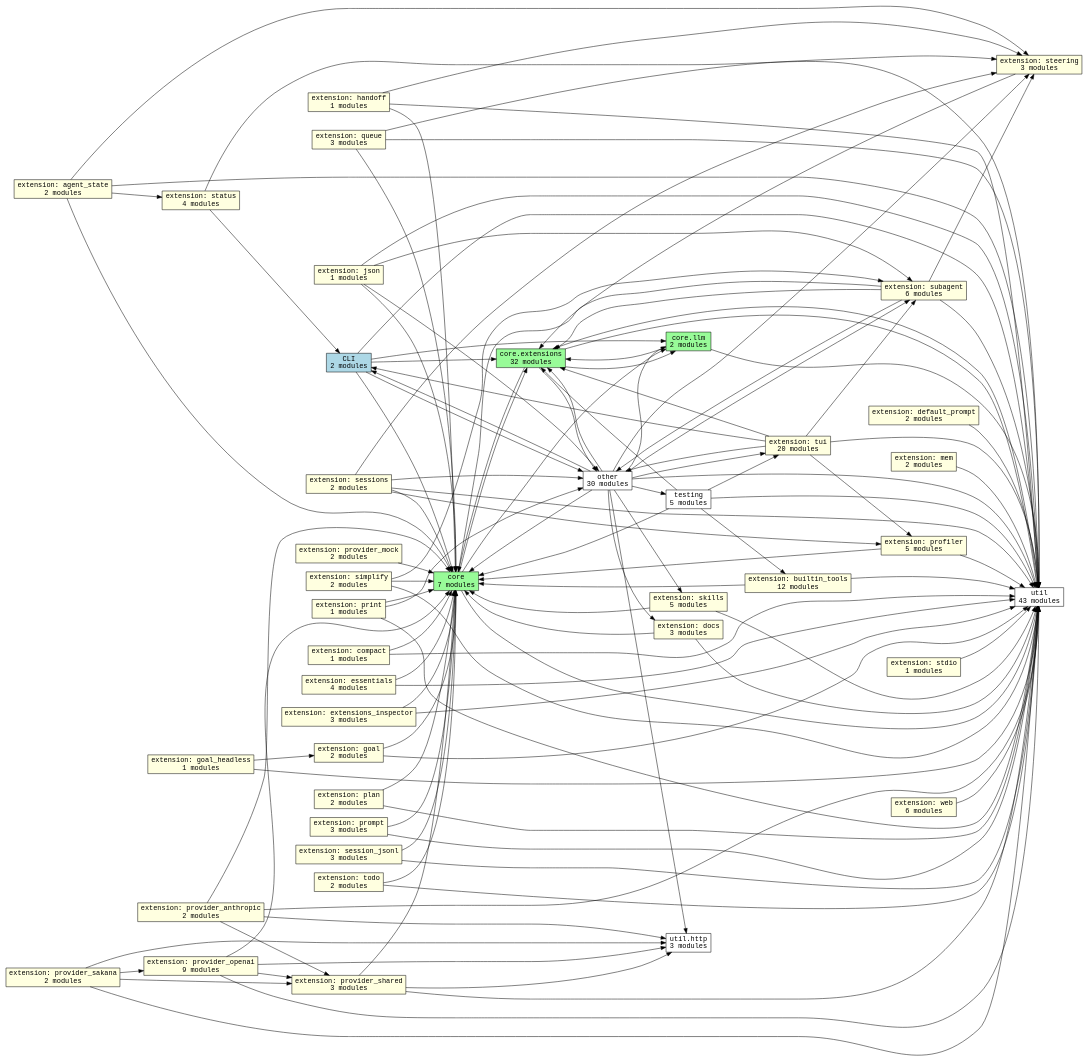
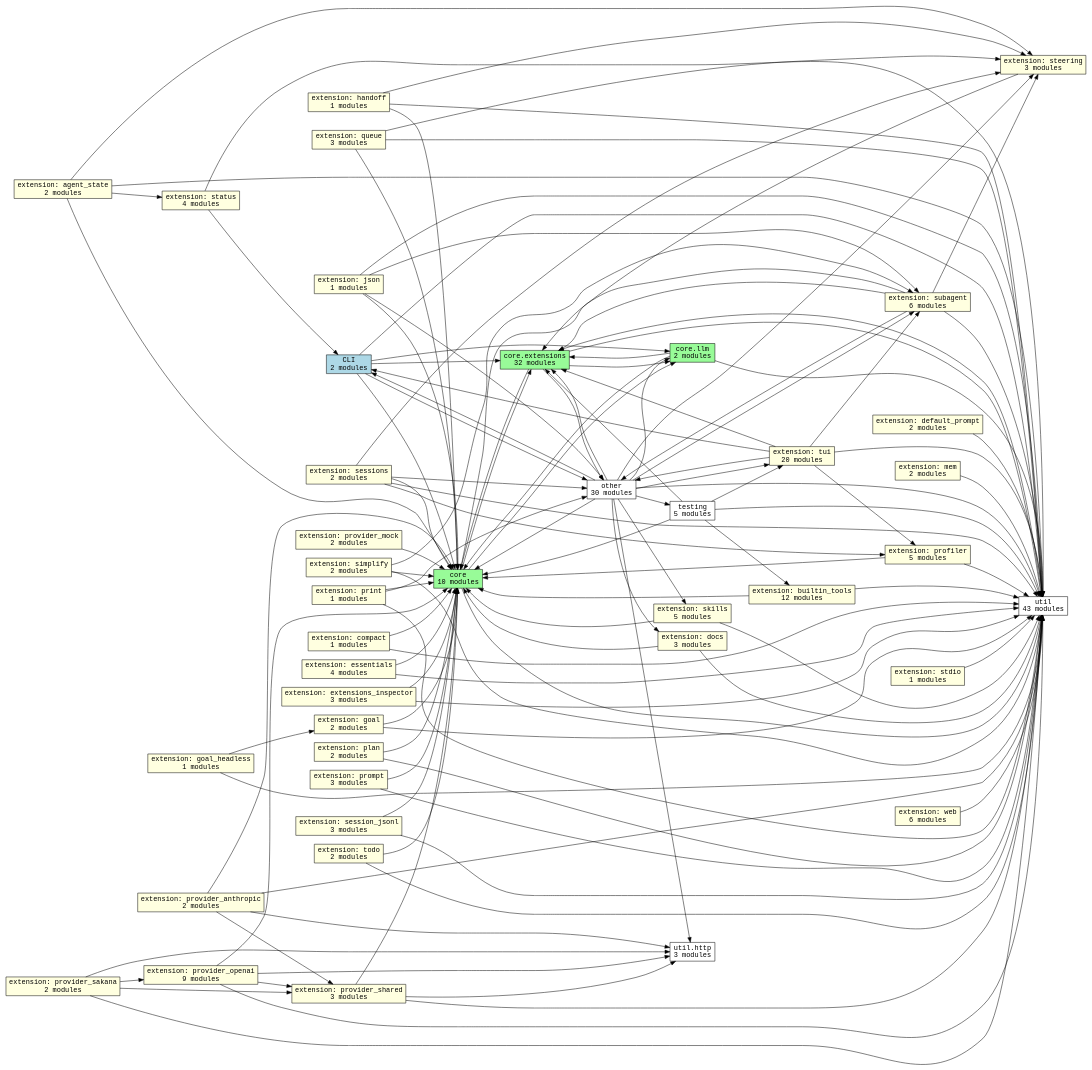
One commit to acmiyaguchi/fen changed the diagram in docs/graphs/subsystems.dot. Above: the diagram before and after it, drawn with Graphviz. The commit also changed 11 other files, not shown here.

```diff
--- a/docs/graphs/subsystems.dot
+++ b/docs/graphs/subsystems.dot
@@ -1,163 +1,164 @@
 digraph fen_subsystems {
   graph [rankdir=LR];
   node [shape=box, fontname="monospace"];
   edge [fontname="monospace"];
   "cli" [fillcolor="lightblue", label="CLI\n2 modules", style="filled"];
-  "core" [fillcolor="palegreen", label="core\n7 modules", style="filled"];
+  "core" [fillcolor="palegreen", label="core\n10 modules", style="filled"];
   "core.extensions" [fillcolor="palegreen", label="core.extensions\n32 modules", style="filled"];
   "core.llm" [fillcolor="palegreen", label="core.llm\n2 modules", style="filled"];
   "extension.agent_state" [fillcolor="lightyellow", label="extension: agent_state\n2 modules", style="filled"];
   "extension.builtin_tools" [fillcolor="lightyellow", label="extension: builtin_tools\n12 modules", style="filled"];
   "extension.compact" [fillcolor="lightyellow", label="extension: compact\n1 modules", style="filled"];
   "extension.default_prompt" [fillcolor="lightyellow", label="extension: default_prompt\n2 modules", style="filled"];
   "extension.docs" [fillcolor="lightyellow", label="extension: docs\n3 modules", style="filled"];
   "extension.essentials" [fillcolor="lightyellow", label="extension: essentials\n4 modules", style="filled"];
   "extension.extensions_inspector" [fillcolor="lightyellow", label="extension: extensions_inspector\n3 modules", style="filled"];
   "extension.goal" [fillcolor="lightyellow", label="extension: goal\n2 modules", style="filled"];
   "extension.goal_headless" [fillcolor="lightyellow", label="extension: goal_headless\n1 modules", style="filled"];
   "extension.handoff" [fillcolor="lightyellow", label="extension: handoff\n1 modules", style="filled"];
   "extension.json" [fillcolor="lightyellow", label="extension: json\n1 modules", style="filled"];
   "extension.mem" [fillcolor="lightyellow", label="extension: mem\n2 modules", style="filled"];
   "extension.plan" [fillcolor="lightyellow", label="extension: plan\n2 modules", style="filled"];
   "extension.print" [fillcolor="lightyellow", label="extension: print\n1 modules", style="filled"];
   "extension.profiler" [fillcolor="lightyellow", label="extension: profiler\n5 modules", style="filled"];
   "extension.prompt" [fillcolor="lightyellow", label="extension: prompt\n3 modules", style="filled"];
   "extension.provider_anthropic" [fillcolor="lightyellow", label="extension: provider_anthropic\n2 modules", style="filled"];
   "extension.provider_mock" [fillcolor="lightyellow", label="extension: provider_mock\n2 modules", style="filled"];
   "extension.provider_openai" [fillcolor="lightyellow", label="extension: provider_openai\n9 modules", style="filled"];
   "extension.provider_sakana" [fillcolor="lightyellow", label="extension: provider_sakana\n2 modules", style="filled"];
   "extension.provider_shared" [fillcolor="lightyellow", label="extension: provider_shared\n3 modules", style="filled"];
   "extension.queue" [fillcolor="lightyellow", label="extension: queue\n3 modules", style="filled"];
   "extension.session_jsonl" [fillcolor="lightyellow", label="extension: session_jsonl\n3 modules", style="filled"];
   "extension.sessions" [fillcolor="lightyellow", label="extension: sessions\n2 modules", style="filled"];
   "extension.simplify" [fillcolor="lightyellow", label="extension: simplify\n2 modules", style="filled"];
   "extension.skills" [fillcolor="lightyellow", label="extension: skills\n5 modules", style="filled"];
   "extension.status" [fillcolor="lightyellow", label="extension: status\n4 modules", style="filled"];
   "extension.stdio" [fillcolor="lightyellow", label="extension: stdio\n1 modules", style="filled"];
   "extension.steering" [fillcolor="lightyellow", label="extension: steering\n3 modules", style="filled"];
   "extension.subagent" [fillcolor="lightyellow", label="extension: subagent\n6 modules", style="filled"];
   "extension.todo" [fillcolor="lightyellow", label="extension: todo\n2 modules", style="filled"];
   "extension.tui" [fillcolor="lightyellow", label="extension: tui\n20 modules", style="filled"];
   "extension.web" [fillcolor="lightyellow", label="extension: web\n6 modules", style="filled"];
   "other" [fillcolor="white", label="other\n30 modules", style="filled"];
   "testing" [fillcolor="white", label="testing\n5 modules", style="filled"];
   "util" [fillcolor="white", label="util\n43 modules", style="filled"];
   "util.http" [fillcolor="white", label="util.http\n3 modules", style="filled"];
   "cli" -> "core";
   "cli" -> "core.extensions";
   "cli" -> "core.llm";
   "cli" -> "other";
   "cli" -> "util";
   "core" -> "core.extensions";
   "core" -> "core.llm";
   "core" -> "util";
   "core.extensions" -> "core";
   "core.extensions" -> "core.llm";
   "core.extensions" -> "other";
   "core.extensions" -> "util";
+  "core.llm" -> "core";
   "core.llm" -> "core.extensions";
   "core.llm" -> "util";
   "extension.agent_state" -> "core";
   "extension.agent_state" -> "extension.status";
   "extension.agent_state" -> "extension.steering";
   "extension.agent_state" -> "util";
   "extension.builtin_tools" -> "core";
   "extension.builtin_tools" -> "util";
   "extension.compact" -> "core";
   "extension.compact" -> "util";
   "extension.default_prompt" -> "util";
   "extension.docs" -> "core";
   "extension.docs" -> "util";
   "extension.essentials" -> "core";
   "extension.essentials" -> "util";
   "extension.extensions_inspector" -> "core";
   "extension.extensions_inspector" -> "util";
   "extension.goal" -> "core";
   "extension.goal" -> "util";
   "extension.goal_headless" -> "extension.goal";
   "extension.goal_headless" -> "util";
   "extension.handoff" -> "core";
   "extension.handoff" -> "extension.steering";
   "extension.handoff" -> "util";
   "extension.json" -> "core";
   "extension.json" -> "extension.subagent";
   "extension.json" -> "other";
   "extension.json" -> "util";
   "extension.mem" -> "util";
   "extension.plan" -> "core";
   "extension.plan" -> "util";
   "extension.print" -> "core";
   "extension.print" -> "other";
   "extension.print" -> "util";
   "extension.profiler" -> "core";
   "extension.profiler" -> "util";
   "extension.prompt" -> "core";
   "extension.prompt" -> "util";
   "extension.provider_anthropic" -> "core";
   "extension.provider_anthropic" -> "extension.provider_shared";
   "extension.provider_anthropic" -> "util";
   "extension.provider_anthropic" -> "util.http";
   "extension.provider_mock" -> "core";
   "extension.provider_openai" -> "core";
   "extension.provider_openai" -> "extension.provider_shared";
   "extension.provider_openai" -> "util";
   "extension.provider_openai" -> "util.http";
   "extension.provider_sakana" -> "extension.provider_openai";
   "extension.provider_sakana" -> "extension.provider_shared";
   "extension.provider_sakana" -> "util";
   "extension.provider_sakana" -> "util.http";
   "extension.provider_shared" -> "core";
   "extension.provider_shared" -> "util";
   "extension.provider_shared" -> "util.http";
   "extension.queue" -> "core";
   "extension.queue" -> "extension.steering";
   "extension.queue" -> "util";
   "extension.session_jsonl" -> "core";
   "extension.session_jsonl" -> "util";
   "extension.sessions" -> "core";
   "extension.sessions" -> "extension.profiler";
   "extension.sessions" -> "extension.steering";
   "extension.sessions" -> "other";
   "extension.sessions" -> "util";
   "extension.simplify" -> "core";
   "extension.simplify" -> "extension.subagent";
   "extension.simplify" -> "util";
   "extension.skills" -> "core";
   "extension.skills" -> "util";
   "extension.status" -> "cli";
   "extension.status" -> "util";
   "extension.stdio" -> "util";
   "extension.steering" -> "core.extensions";
   "extension.subagent" -> "core";
   "extension.subagent" -> "core.extensions";
   "extension.subagent" -> "extension.steering";
   "extension.subagent" -> "other";
   "extension.subagent" -> "util";
   "extension.todo" -> "core";
   "extension.todo" -> "util";
   "extension.tui" -> "cli";
   "extension.tui" -> "core.extensions";
   "extension.tui" -> "extension.profiler";
   "extension.tui" -> "extension.subagent";
   "extension.tui" -> "other";
   "extension.tui" -> "util";
   "extension.web" -> "util";
   "other" -> "cli";
   "other" -> "core";
   "other" -> "core.extensions";
   "other" -> "core.llm";
   "other" -> "extension.docs";
   "other" -> "extension.skills";
   "other" -> "extension.steering";
   "other" -> "extension.subagent";
   "other" -> "extension.tui";
   "other" -> "testing";
   "other" -> "util";
   "other" -> "util.http";
   "testing" -> "core";
   "testing" -> "core.extensions";
   "testing" -> "extension.builtin_tools";
   "testing" -> "extension.tui";
   "testing" -> "util";
   "util" -> "core.extensions";
 }
```
